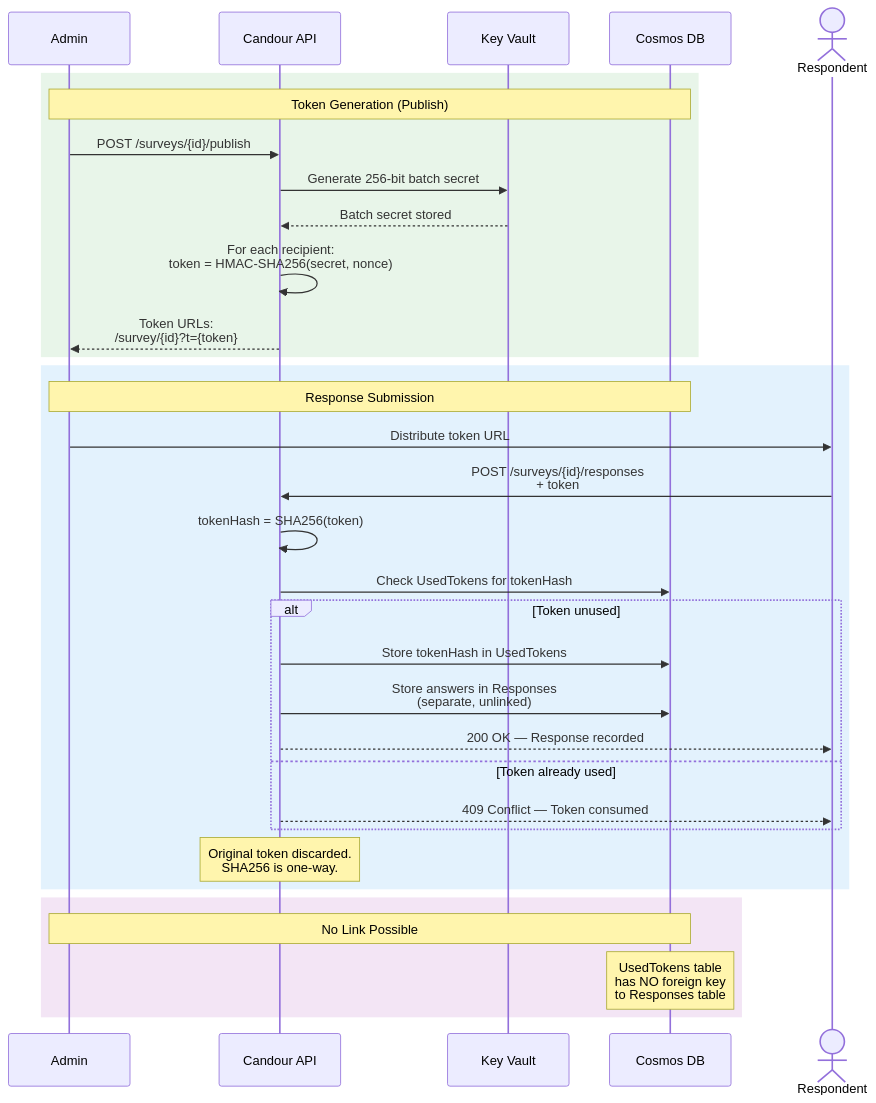
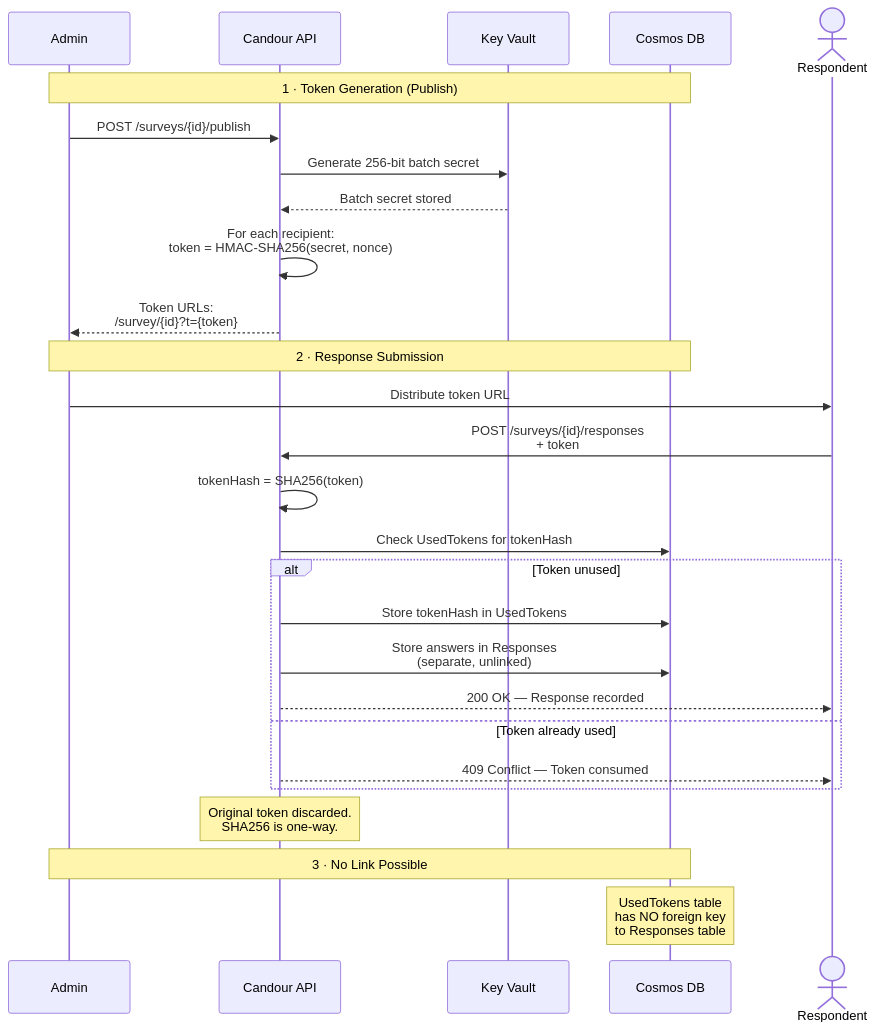
One commit to asachs/candour changed the second of 3 diagrams in docs/ANONYMITY.md. Above: the diagram before and after it, drawn with Mermaid. The commit also changed other lines of this file and 56 other files, not shown here.

````diff
--- a/docs/ANONYMITY.md
+++ b/docs/ANONYMITY.md
@@ -45,38 +45,32 @@
 ```mermaid
 sequenceDiagram
     participant Admin
     participant API as Candour API
     participant KV as Key Vault
     participant DB as Cosmos DB
 
-    rect rgb(232, 245, 233)
-    Note over Admin,DB: Token Generation (Publish)
+    Note over Admin,DB: 1 · Token Generation (Publish)
     Admin->>API: POST /surveys/{id}/publish
     API->>KV: Generate 256-bit batch secret
     KV-->>API: Batch secret stored
     API->>API: For each recipient:<br/>token = HMAC-SHA256(secret, nonce)
     API-->>Admin: Token URLs:<br/>/survey/{id}?t={token}
-    end
 
-    rect rgb(227, 242, 253)
-    Note over Admin,DB: Response Submission
+    Note over Admin,DB: 2 · Response Submission
     Actor R as Respondent
     Admin->>R: Distribute token URL
     R->>API: POST /surveys/{id}/responses<br/>+ token
     API->>API: tokenHash = SHA256(token)
     API->>DB: Check UsedTokens for tokenHash
     alt Token unused
         API->>DB: Store tokenHash in UsedTokens
         API->>DB: Store answers in Responses<br/>(separate, unlinked)
         API-->>R: 200 OK — Response recorded
     else Token already used
         API-->>R: 409 Conflict — Token consumed
     end
     Note over API: Original token discarded.<br/>SHA256 is one-way.
-    end
 
-    rect rgb(243, 229, 245)
-    Note over Admin,DB: No Link Possible
+    Note over Admin,DB: 3 · No Link Possible
     Note over DB: UsedTokens table<br/>has NO foreign key<br/>to Responses table
-    end
 ```
````
